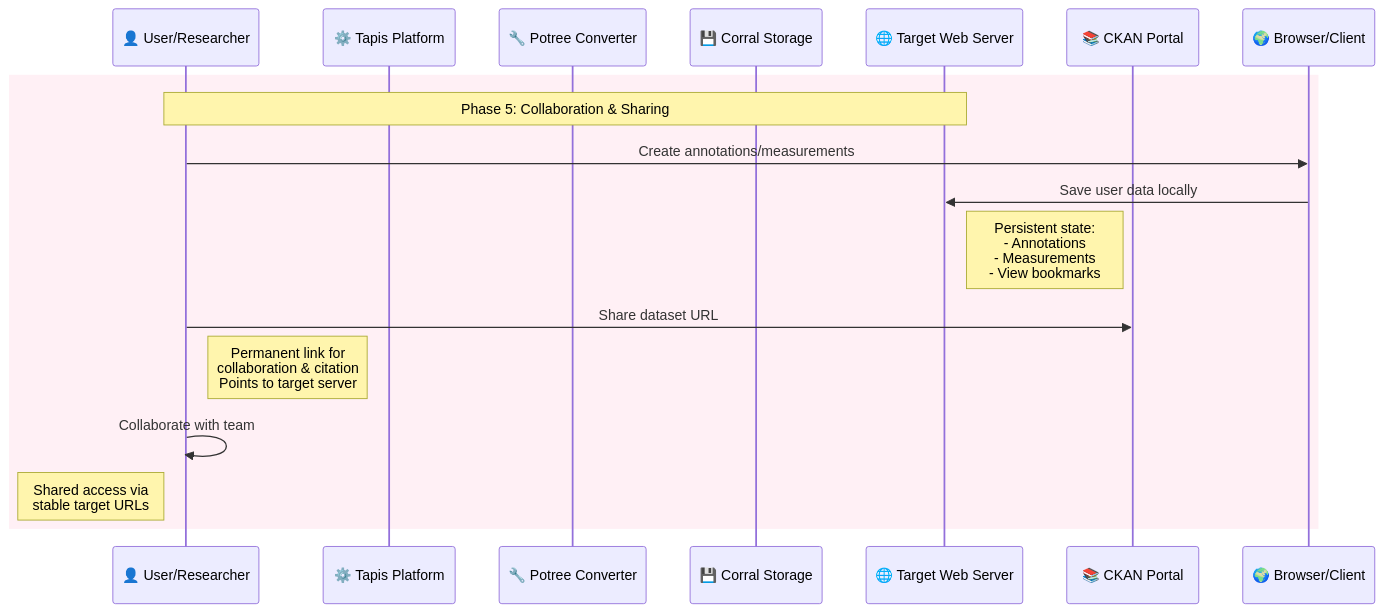
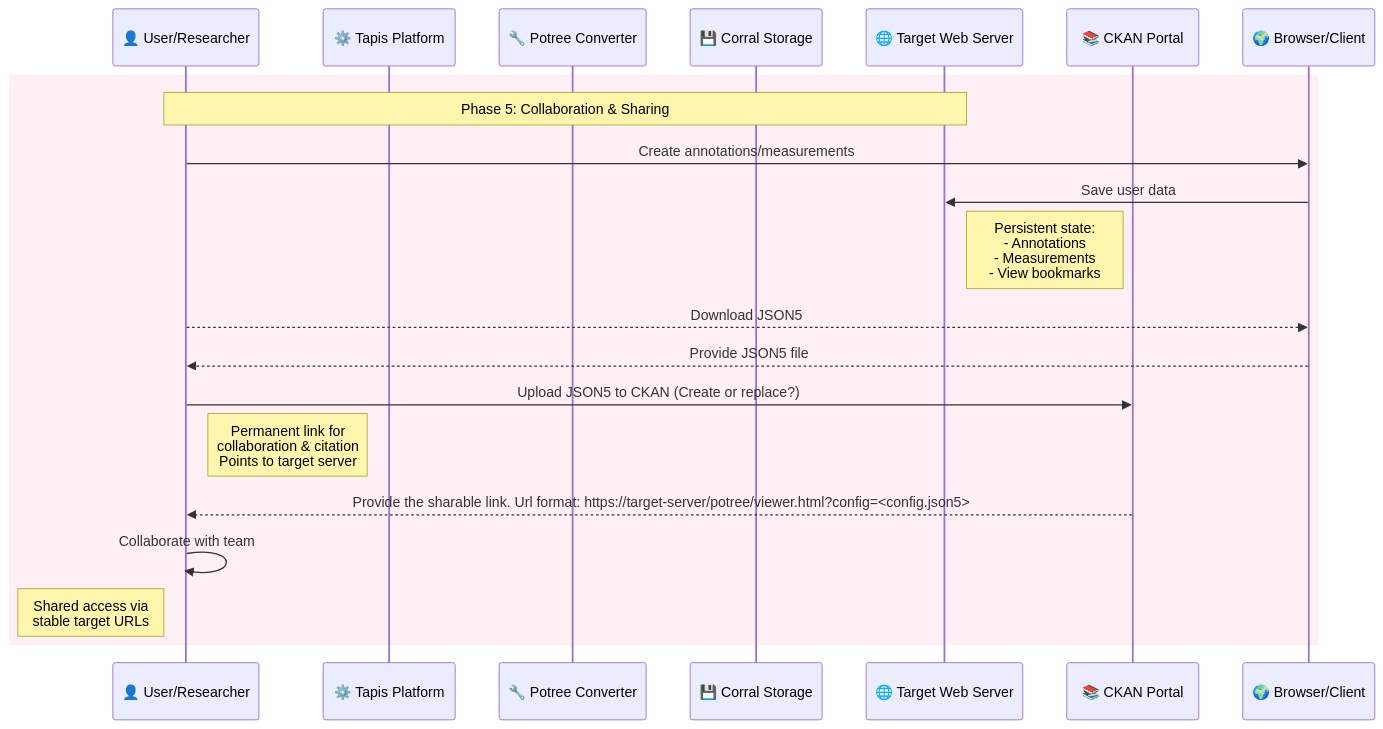
Before and after one commit to In-For-Disaster-Analytics/potree: the fifth of 5 diagrams in README-pipeline.md, drawn with Mermaid. The commit also changed other lines of this file, not shown here.

````diff
--- a/README-pipeline.md
+++ b/README-pipeline.md
@@ -163,26 +334,25 @@
 ```mermaid
 sequenceDiagram
     participant User as 👤 User/Researcher
     participant Tapis as ⚙️ Tapis Platform
     participant Potree as 🔧 Potree Converter
     participant Corral as 💾 Corral Storage
     participant Target as 🌐 Target Web Server
     participant CKAN as 📚 CKAN Portal
     participant Browser as 🌍 Browser/Client
 
-
-
     %% Collaboration & Sharing
     rect rgb(255, 240, 245)
         Note over User,Target: Phase 5: Collaboration & Sharing
         User->>Browser: Create annotations/measurements
-        Browser->>Target: Save user data locally
+        Browser->>Target: Save user data
         Note right of Target: Persistent state:<br/>- Annotations<br/>- Measurements<br/>- View bookmarks
-
-        User->>CKAN: Share dataset URL
+        User-->>Browser: Download JSON5
+        Browser-->>User: Provide JSON5 file
+        User->>CKAN: Upload JSON5 to CKAN (Create or replace?)
         Note right of User: Permanent link for<br/>collaboration & citation<br/>Points to target server
-
+        CKAN-->>User: Provide the sharable link. Url format: https://target-server/potree/viewer.html?config=<config.json5>
         User->>User: Collaborate with team
         Note left of User: Shared access via<br/>stable target URLs
     end
 ```
````
